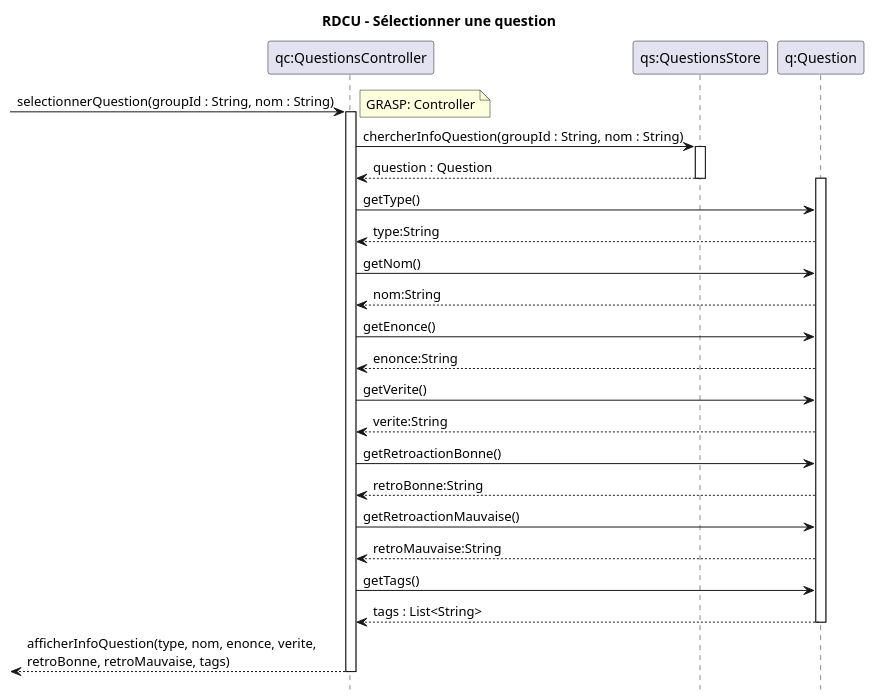
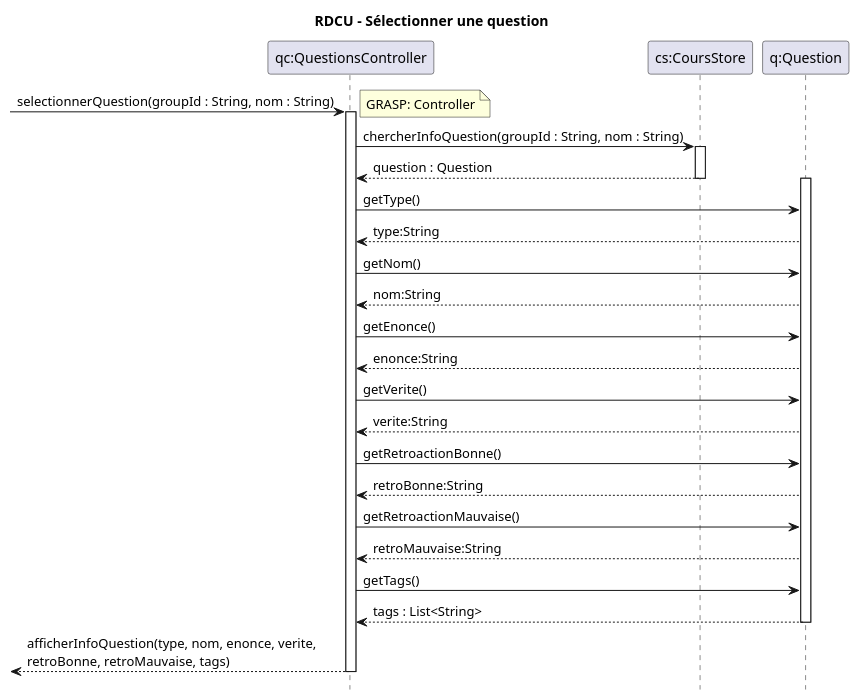
One commit to xMrYahya/moodle-clone changed the diagram in docs/modeles/cu02/rdcu-selectionner-question.puml. Above: the diagram before and after it, drawn with PlantUML. The commit also changed 7 other files, not shown here.

Commit message:
Changement de QuestionStore a CoursStore et commencer a changer noms pour mieux fit le code (incomplet)

```diff
--- a/docs/modeles/cu02/rdcu-selectionner-question.puml
+++ b/docs/modeles/cu02/rdcu-selectionner-question.puml
@@ -1,44 +1,44 @@
 @startuml
 hide footbox
 title RDCU – Sélectionner une question
 
 participant "qc:QuestionsController" as QC
-participant "qs:QuestionsStore" as QS
+participant "cs:CoursStore" as CS
 participant "q:Question" as Q
 
 -> QC : selectionnerQuestion(groupId : String, nom : String)
 note right: GRASP: Controller
 activate QC
 
-QC -> QS : chercherInfoQuestion(groupId : String, nom : String)
-activate QS
-QS --> QC : question : Question
-deactivate QS
+QC -> CS : chercherInfoQuestion(groupId : String, nom : String)
+activate CS
+CS --> QC : question : Question
+deactivate CS
 
 activate Q
 QC -> Q : getType()
 Q --> QC : type:String
 
 QC -> Q : getNom()
 Q --> QC : nom:String
 
 QC -> Q : getEnonce()
 Q --> QC : enonce:String
 
 QC -> Q : getVerite()
 Q --> QC : verite:String
 
 QC -> Q : getRetroactionBonne()
 Q --> QC : retroBonne:String
 
 QC -> Q : getRetroactionMauvaise()
 Q --> QC : retroMauvaise:String
 
 QC -> Q : getTags()
 Q --> QC : tags : List<String>
 deactivate Q
 
 <-- QC : afficherInfoQuestion(type, nom, enonce, verite,\nretroBonne, retroMauvaise, tags)
 deactivate QC
 
 @enduml
```
